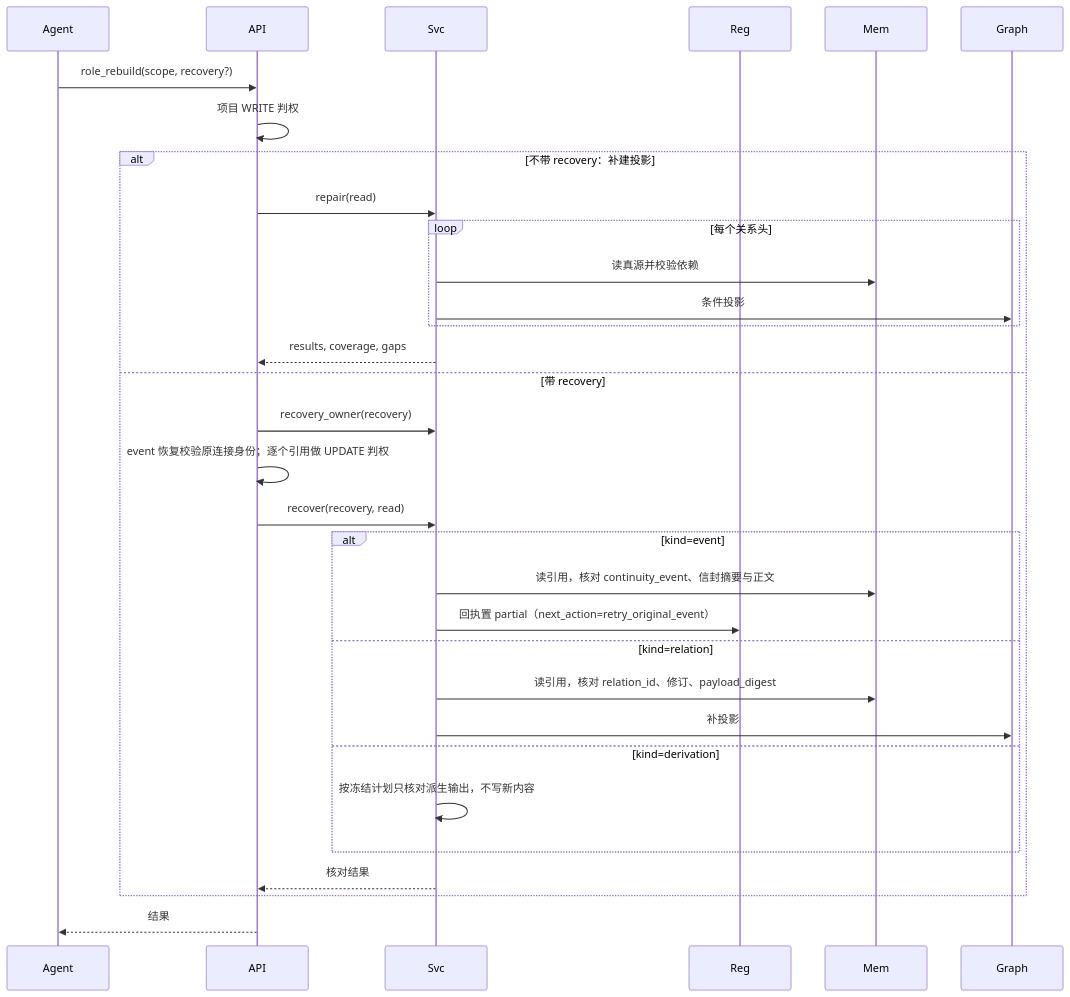
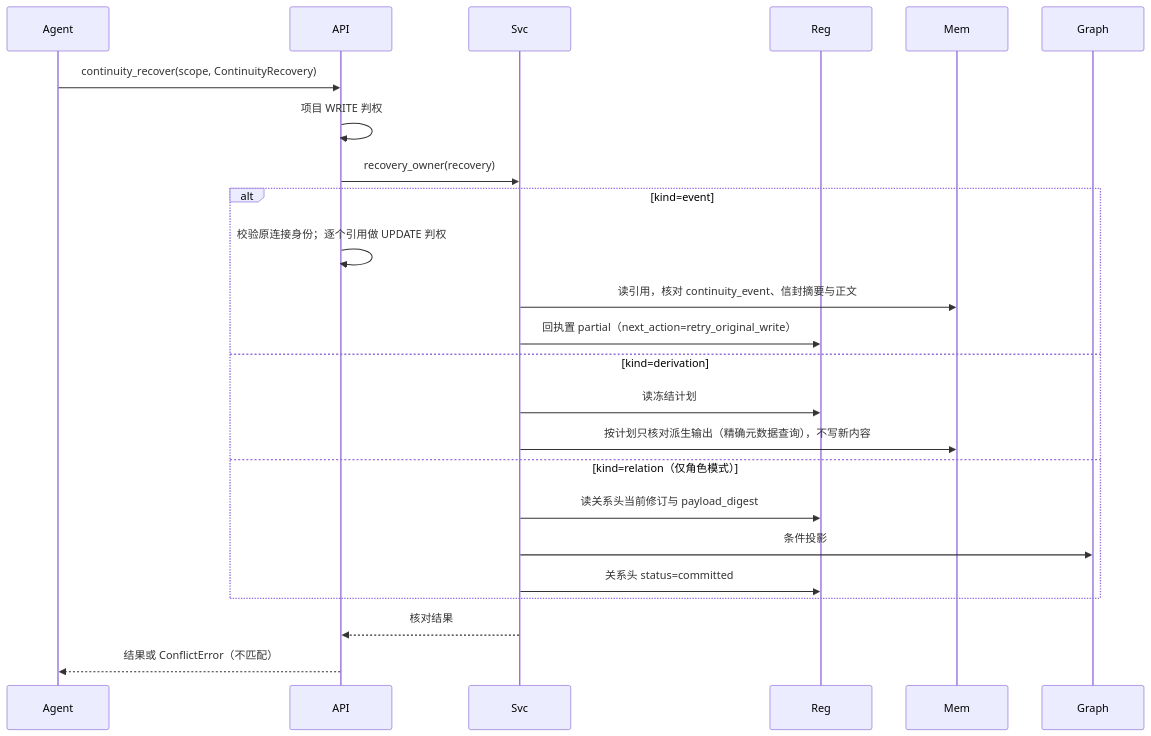
Before and after one commit to openJiuwen-ai/agent-memory: the seventh of 8 diagrams in docs/features/construction/F10-role-memory.md, drawn with Mermaid. The commit also changed other lines of this file and 95 other files, not shown here.

````diff
--- a/docs/features/construction/F10-role-memory.md
+++ b/docs/features/construction/F10-role-memory.md
@@ -1099,34 +1215,26 @@
 ```mermaid
 sequenceDiagram
     participant A as Agent
     participant API
     participant Svc
     participant Reg
     participant Mem
     participant G as Graph
-    A->>API: role_rebuild(scope, recovery?)
+    A->>API: continuity_recover(scope, ContinuityRecovery)
     API->>API: 项目 WRITE 判权
-    alt 不带 recovery：补建投影
-        API->>Svc: repair(read)
-        loop 每个关系头
-            Svc->>Mem: 读真源并校验依赖
-            Svc->>G: 条件投影
-        end
-        Svc-->>API: results, coverage, gaps
-    else 带 recovery
-        API->>Svc: recovery_owner(recovery)
-        API->>API: event 恢复校验原连接身份；逐个引用做 UPDATE 判权
-        API->>Svc: recover(recovery, read)
-        alt kind=event
-            Svc->>Mem: 读引用，核对 continuity_event、信封摘要与正文
-            Svc->>Reg: 回执置 partial（next_action=retry_original_event）
-        else kind=relation
-            Svc->>Mem: 读引用，核对 relation_id、修订、payload_digest
-            Svc->>G: 补投影
-        else kind=derivation
-            Svc->>Svc: 按冻结计划只核对派生输出，不写新内容
-        end
-        Svc-->>API: 核对结果
+    API->>Svc: recovery_owner(recovery)
+    alt kind=event
+        API->>API: 校验原连接身份；逐个引用做 UPDATE 判权
+        Svc->>Mem: 读引用，核对 continuity_event、信封摘要与正文
+        Svc->>Reg: 回执置 partial（next_action=retry_original_write）
+    else kind=derivation
+        Svc->>Reg: 读冻结计划
+        Svc->>Mem: 按计划只核对派生输出（精确元数据查询），不写新内容
+    else kind=relation（仅角色模式）
+        Svc->>Reg: 读关系头当前修订与 payload_digest
+        Svc->>G: 条件投影
+        Svc->>Reg: 关系头 status=committed
     end
-    API-->>A: 结果
+    Svc-->>API: 核对结果
+    API-->>A: 结果或 ConflictError（不匹配）
 ```
````
